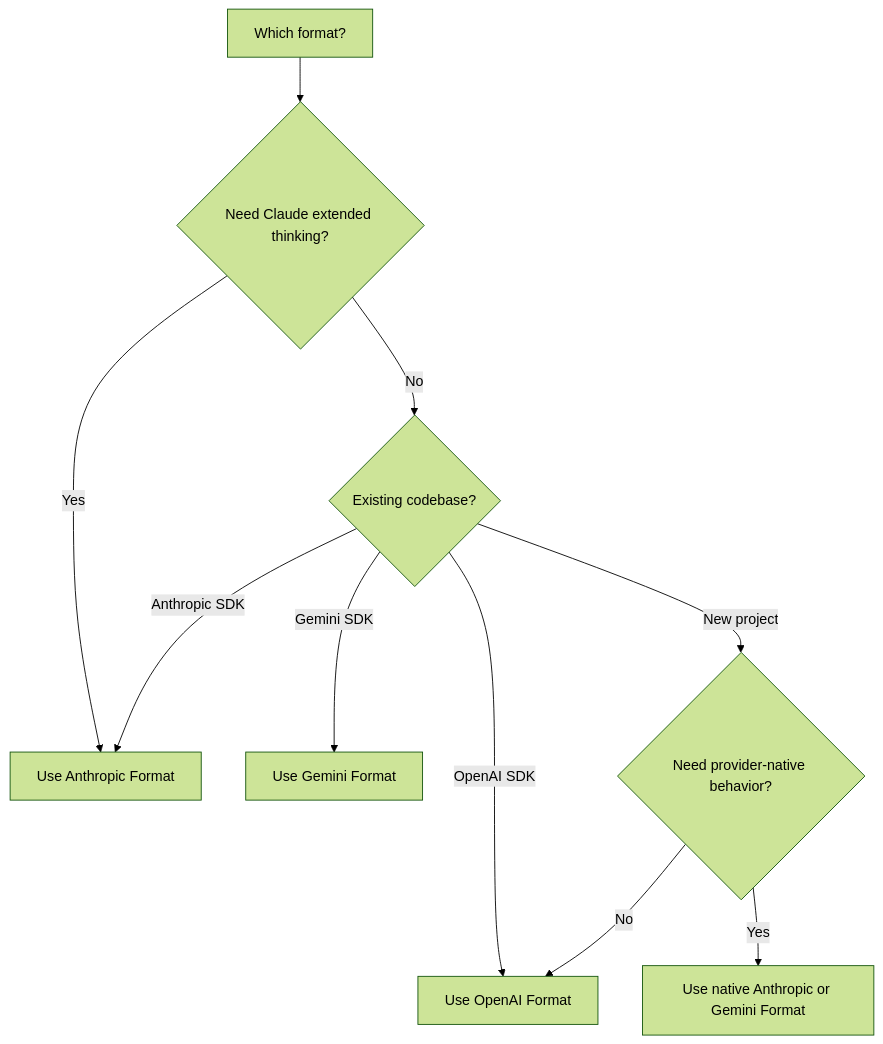
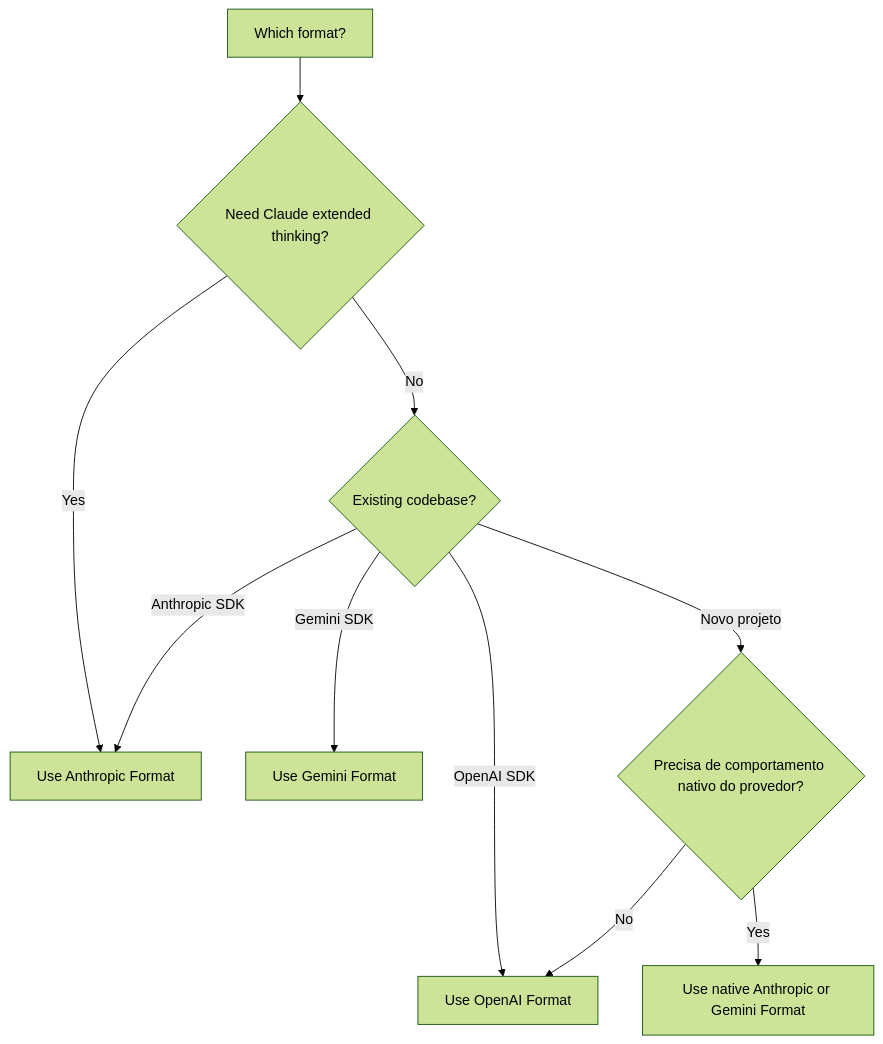
Before and after one commit to hedging8563/lemondata-docs: the diagram in pt/guides/api-formats.mdx, drawn with Mermaid (forest theme). The commit also changed 390 other files, not shown here.

````diff
--- a/pt/guides/api-formats.mdx
+++ b/pt/guides/api-formats.mdx
@@ -171,12 +171,12 @@
 ```mermaid
 graph TD
     A[Which format?] --> B{Need Claude extended thinking?}
     B -->|Yes| C[Use Anthropic Format]
     B -->|No| D{Existing codebase?}
     D -->|OpenAI SDK| E[Use OpenAI Format]
     D -->|Anthropic SDK| C
     D -->|Gemini SDK| F[Use Gemini Format]
-    D -->|New project| G{Need provider-native behavior?}
+    D -->|Novo projeto| G{Precisa de comportamento nativo do provedor?}
     G -->|Yes| H[Use native Anthropic or Gemini Format]
     G -->|No| E
 ```
````
